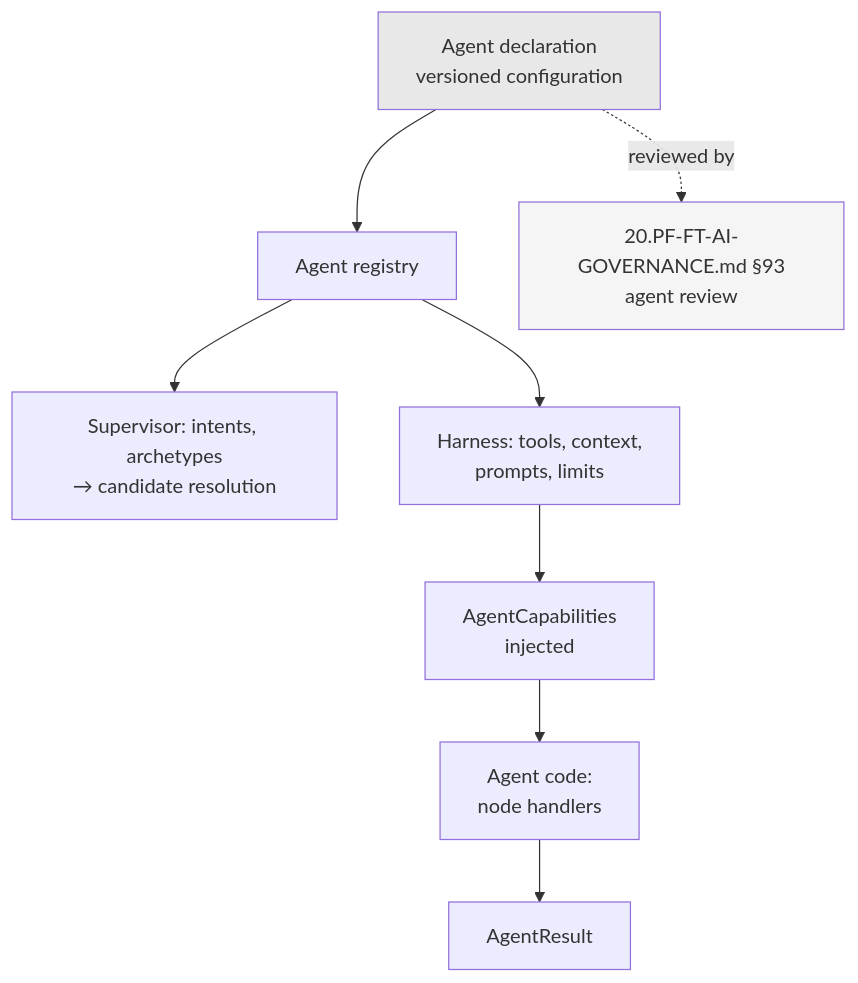
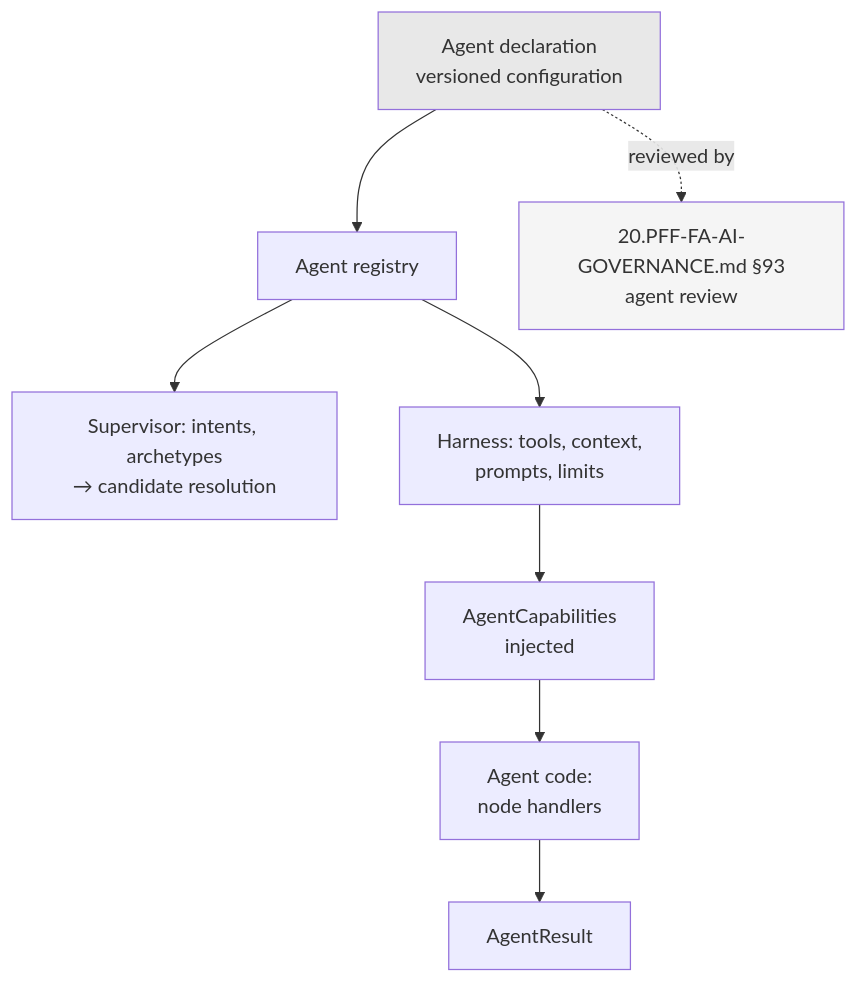
Before and after one commit to gobimca87/PF-FT: the diagram in docs/architecture/adr/03-ai-architecture/ADR-D3-03-agent-contract-and-lifecycle.md, drawn with Mermaid. The commit also changed other lines of this file and 880 other files, not shown here.

````diff
--- a/docs/architecture/adr/03-ai-architecture/ADR-D3-03-agent-contract-and-lifecycle.md
+++ b/docs/architecture/adr/03-ai-architecture/ADR-D3-03-agent-contract-and-lifecycle.md
@@ -373,14 +373,14 @@
 ```mermaid
 flowchart TD
     D[Agent declaration<br/>versioned configuration] --> R[Agent registry]
     R --> S[Supervisor: intents, archetypes<br/>→ candidate resolution]
     R --> H[Harness: tools, context,<br/>prompts, limits]
     H --> C[AgentCapabilities<br/>injected]
     C --> A[Agent code:<br/>node handlers]
     A --> RES[AgentResult]
 
-    D -.reviewed by.-> G[20.PF-FT-AI-GOVERNANCE.md §93<br/>agent review]
+    D -.reviewed by.-> G[20.PFF-FA-AI-GOVERNANCE.md §93<br/>agent review]
 
     style D fill:#e8e8e8
     style G fill:#f5f5f5
 ```
````
